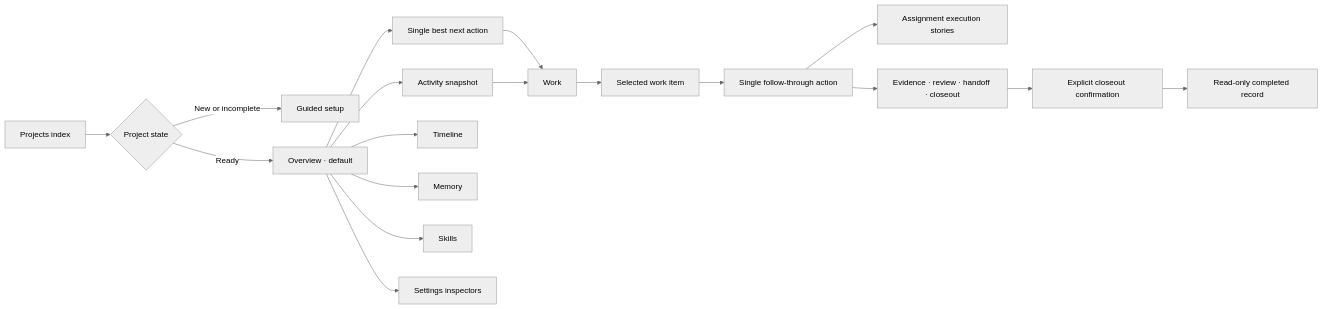
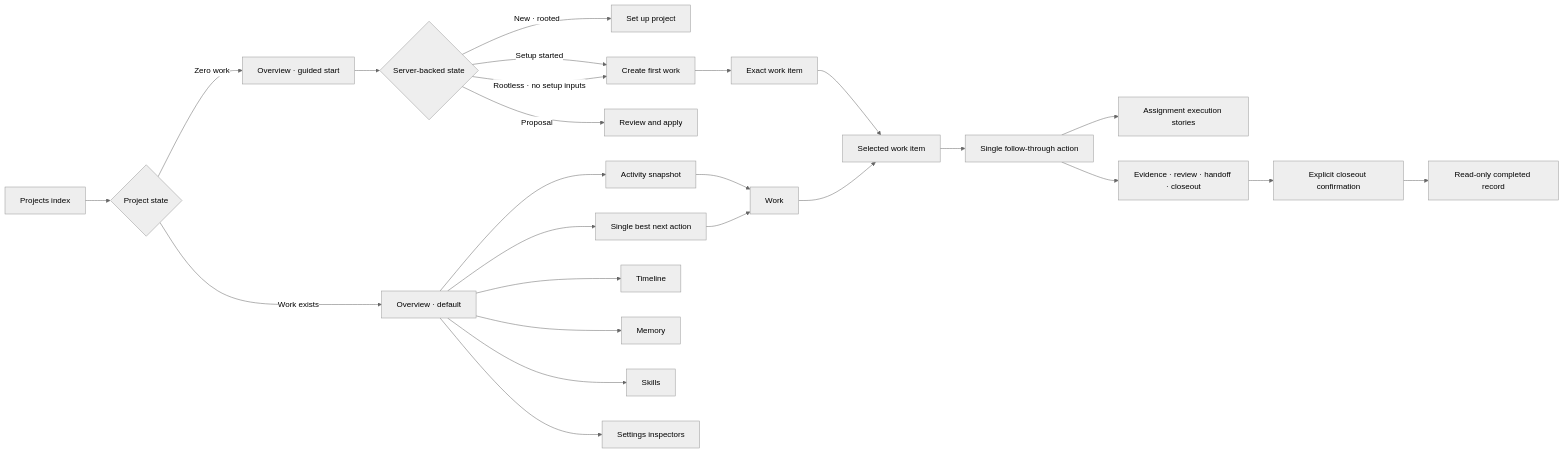
The first of 5 diagrams in docs/design/proposals/projects-cockpit-ux.md (hecatehq/hecate), drawn with Mermaid (neutral theme) before and after one commit. The commit also changed other lines of this file and 25 other files, not shown here.

First line of the commit message:
feat(projects): guide setup into first work

````diff
--- a/docs/design/proposals/projects-cockpit-ux.md
+++ b/docs/design/proposals/projects-cockpit-ux.md
@@ -75,20 +80,27 @@
 ```mermaid
 flowchart LR
   P["Projects index"] --> G{"Project state"}
-  G -->|"New or incomplete"| O["Guided setup"]
-  G -->|"Ready"| V["Overview · default"]
+  G -->|"Zero work"| O["Overview · guided start"]
+  G -->|"Work exists"| V["Overview · default"]
+  O --> GS{"Server-backed state"}
+  GS -->|"New · rooted"| SU["Set up project"]
+  GS -->|"Rootless · no setup inputs"| FW["Create first work"]
+  GS -->|"Proposal"| PR["Review and apply"]
+  GS -->|"Setup started"| FW["Create first work"]
+  FW --> WI["Exact work item"]
   V --> N["Single best next action"]
   V --> S["Activity snapshot"]
   N --> W["Work"]
   S --> W
-  W --> D["Selected work item"]
-  D --> F["Single follow-through action"]
+  W --> SW["Selected work item"]
+  WI --> SW
+  SW --> F["Single follow-through action"]
   F --> X["Assignment execution stories"]
-  F --> R["Evidence · review · handoff · closeout"]
-  R --> C["Explicit closeout confirmation"]
-  C --> Q["Read-only completed record"]
+  F --> CR["Evidence · review · handoff · closeout"]
+  CR --> CC["Explicit closeout confirmation"]
+  CC --> RC["Read-only completed record"]
   V --> T["Timeline"]
   V --> M["Memory"]
   V --> K["Skills"]
   V --> I["Settings inspectors"]
 ```
````
